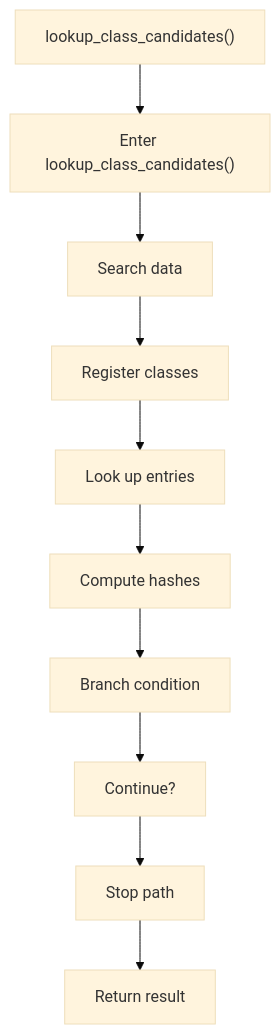
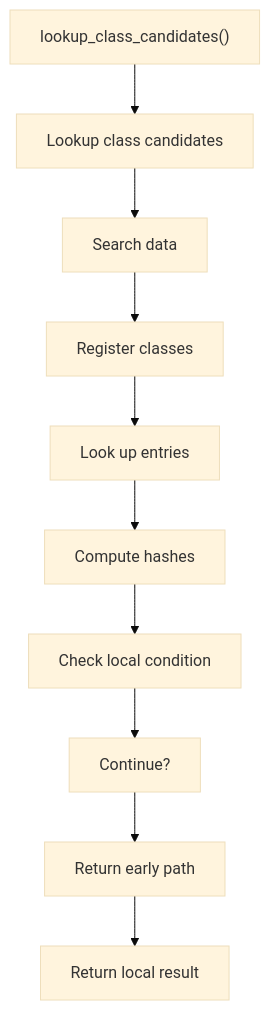
The first of 2 diagrams in docs/Codebase/Microservice/Modules/Source/HashingMechanism/HashLinks/Collect/Flow/functions/lookup_class_candidates.cpp.md (JohnAndrewBalbarosa/NeoTerritory), drawn with Mermaid (base theme) before and after one commit. The commit also changed other lines of this file and 925 other files, not shown here.

````diff
--- a/docs/Codebase/Microservice/Modules/Source/HashingMechanism/HashLinks/Collect/Flow/functions/lookup_class_candidates.cpp.md
+++ b/docs/Codebase/Microservice/Modules/Source/HashingMechanism/HashLinks/Collect/Flow/functions/lookup_class_candidates.cpp.md
@@ -27,22 +27,22 @@
 ```mermaid
 flowchart TD
     N0["lookup_class_candidates()"]
-    N1["Enter lookup_class_candidates()"]
+    N1["Lookup class candidates"]
     N2["Search data"]
     N3["Register classes"]
     N4["Look up entries"]
     N5["Compute hashes"]
-    N6["Branch condition"]
+    N6["Check local condition"]
     N7["Continue?"]
-    N8["Stop path"]
-    N9["Return result"]
+    N8["Return early path"]
+    N9["Return local result"]
     N0 --> N1
     N1 --> N2
     N2 --> N3
     N3 --> N4
     N4 --> N5
     N5 --> N6
     N6 --> N7
     N7 --> N8
     N8 --> N9
 ```
````
